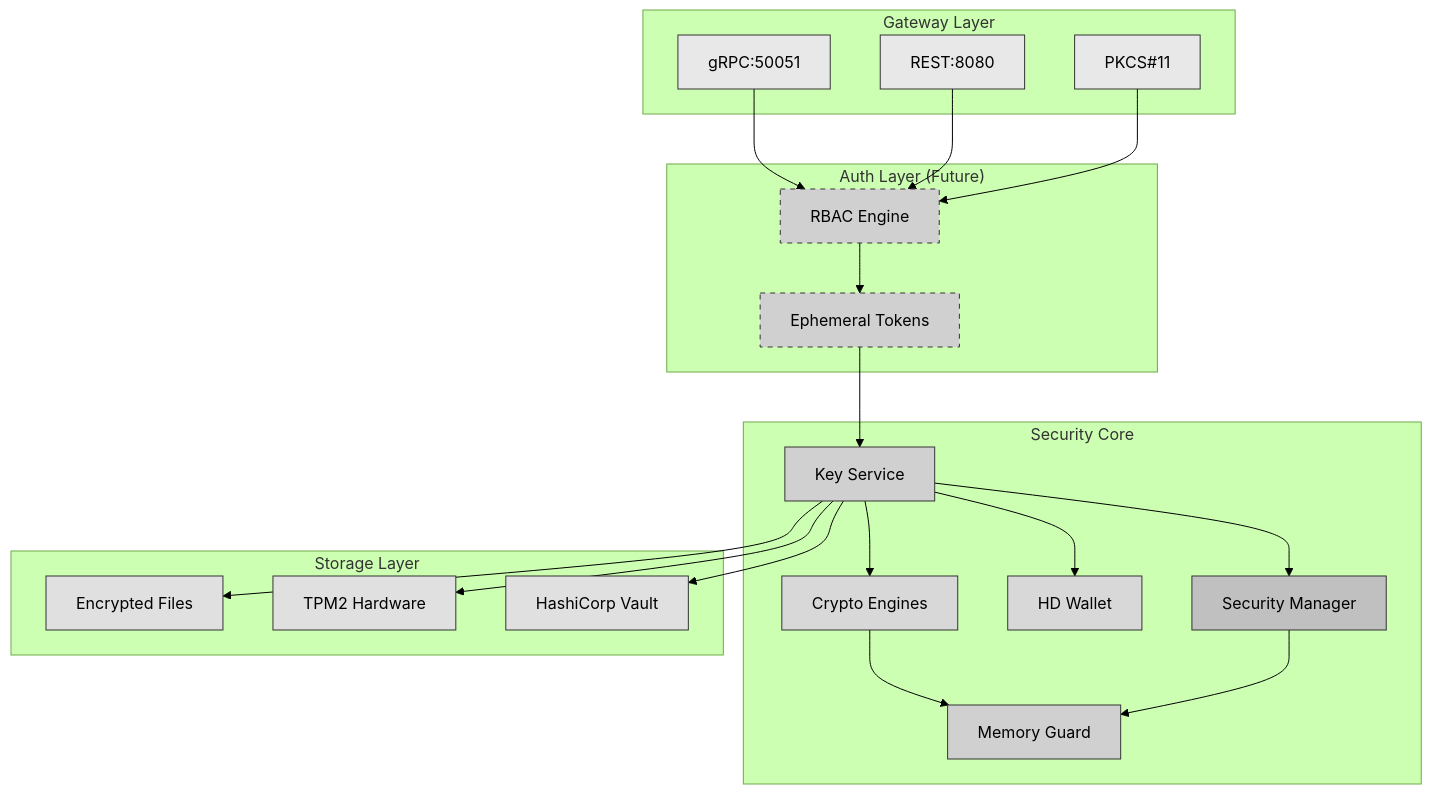
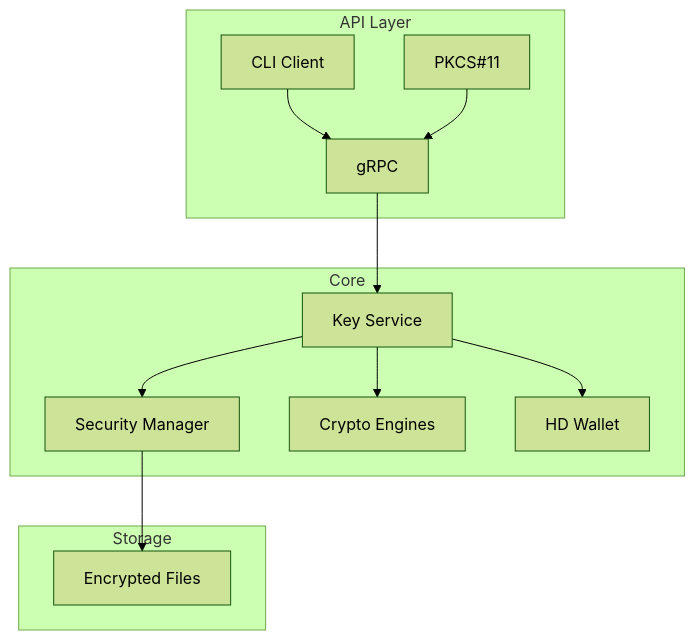
Before and after one commit to ehanoc/softKMS: the diagram in README.md, drawn with Mermaid (forest theme). The commit also changed other lines of this file and 15 other files, not shown here.

Commit message:
docs: Improving and simplifying documentation. docs: architectural accurancy docs: status and future plan

````diff
--- a/README.md
+++ b/README.md
@@ -39,59 +51,27 @@
 ```mermaid
 flowchart TB
-    subgraph "Gateway Layer"
-        GRPC[gRPC:50051]
-        REST[REST:8080]
+    subgraph "API Layer"
+        CLI[CLI Client]
         PKCS[PKCS#11]
+        GRPC[gRPC]
     end
 
-    subgraph "Auth Layer (Future)"
-        RBAC[RBAC Engine]
-        EPH[Ephemeral Tokens]
+    subgraph "Core"
+        KEY[Key Service]
+        SEC[Security Manager]
+        CRYPTO[Crypto Engines]
+        HD[HD Wallet]
     end
 
-    subgraph "Security Core"
-        KEY[Key Service]
-        CRYPTO[Crypto Engines]
-        HD[HD Wallet]
-        SEC[Security Manager]
-        MEM[Memory Guard]
+    subgraph "Storage"
+        FILE[Encrypted Files]
     end
 
-    subgraph "Storage Layer"
-        FILE[Encrypted Files]
-        TPM[TPM2 Hardware]
-        VAULT[HashiCorp Vault]
-    end
-   
-    GRPC --> RBAC
-    REST --> RBAC
-    PKCS --> RBAC
-    
-    RBAC --> EPH
-    EPH --> KEY
-    
+    CLI --> GRPC
+    PKCS --> GRPC
+    GRPC --> KEY
     KEY --> CRYPTO
     KEY --> HD
     KEY --> SEC
-    
-    CRYPTO --> MEM
-    SEC --> MEM
-    
-    KEY --> FILE
-    KEY --> TPM
-    KEY --> VAULT
-    
-    style GRPC fill:#e8e8e8,stroke:#333
-    style REST fill:#e8e8e8,stroke:#333
-    style PKCS fill:#e8e8e8,stroke:#333
-    style RBAC fill:#d0d0d0,stroke:#333,stroke-dasharray:5 5
-    style EPH fill:#d0d0d0,stroke:#333,stroke-dasharray:5 5
-    style KEY fill:#d0d0d0,stroke:#333
-    style CRYPTO fill:#d8d8d8,stroke:#333
-    style HD fill:#d8d8d8,stroke:#333
-    style SEC fill:#c0c0c0,stroke:#333
-    style MEM fill:#d0d0d0,stroke:#333
-    style FILE fill:#e0e0e0,stroke:#333
-    style TPM fill:#e0e0e0,stroke:#333
-    style VAULT fill:#e0e0e0,stroke:#333
+    SEC --> FILE
 ```
````
